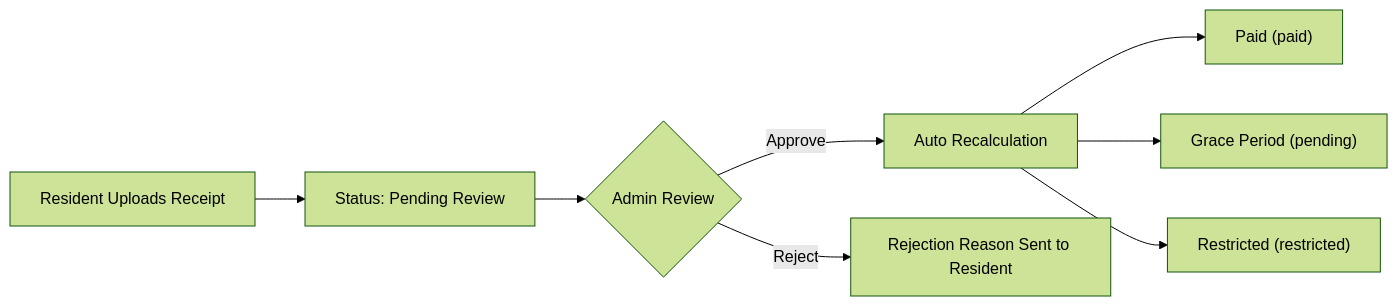
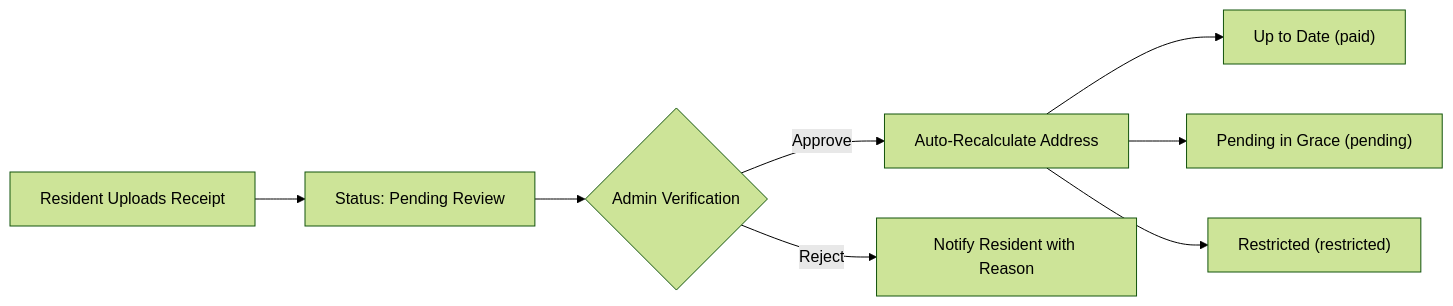
Before and after one commit to danms07/SuburbanLife: the second of 2 diagrams in docs/admin_user_manual.md, drawn with Mermaid (forest theme). The commit also changed other lines of this file and 96 other files, not shown here.

````diff
--- a/docs/admin_user_manual.md
+++ b/docs/admin_user_manual.md
@@ -159,10 +222,10 @@
 ```mermaid
 flowchart LR
     Upload["Resident Uploads Receipt"] --> Pending["Status: Pending Review"]
-    Pending --> Decision{"Admin Review"}
-    Decision -- "Approve" --> Recalc["Auto Recalculation"]
-    Decision -- "Reject" --> Rejected["Rejection Reason Sent to Resident"]
-    Recalc --> Paid["Paid (paid)"]
-    Recalc --> Grace["Grace Period (pending)"]
+    Pending --> Decision{"Admin Verification"}
+    Decision -- "Approve" --> Recalc["Auto-Recalculate Address"]
+    Decision -- "Reject" --> Rejected["Notify Resident with Reason"]
+    Recalc --> Paid["Up to Date (paid)"]
+    Recalc --> Grace["Pending in Grace (pending)"]
     Recalc --> Restricted["Restricted (restricted)"]
 ```
````
